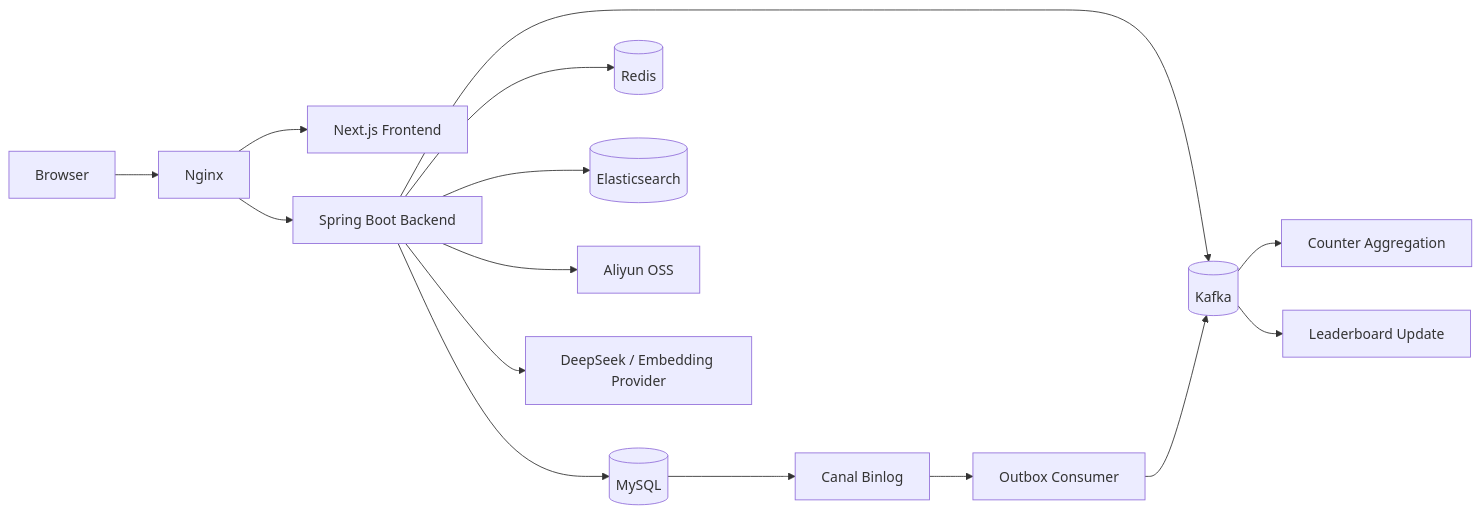
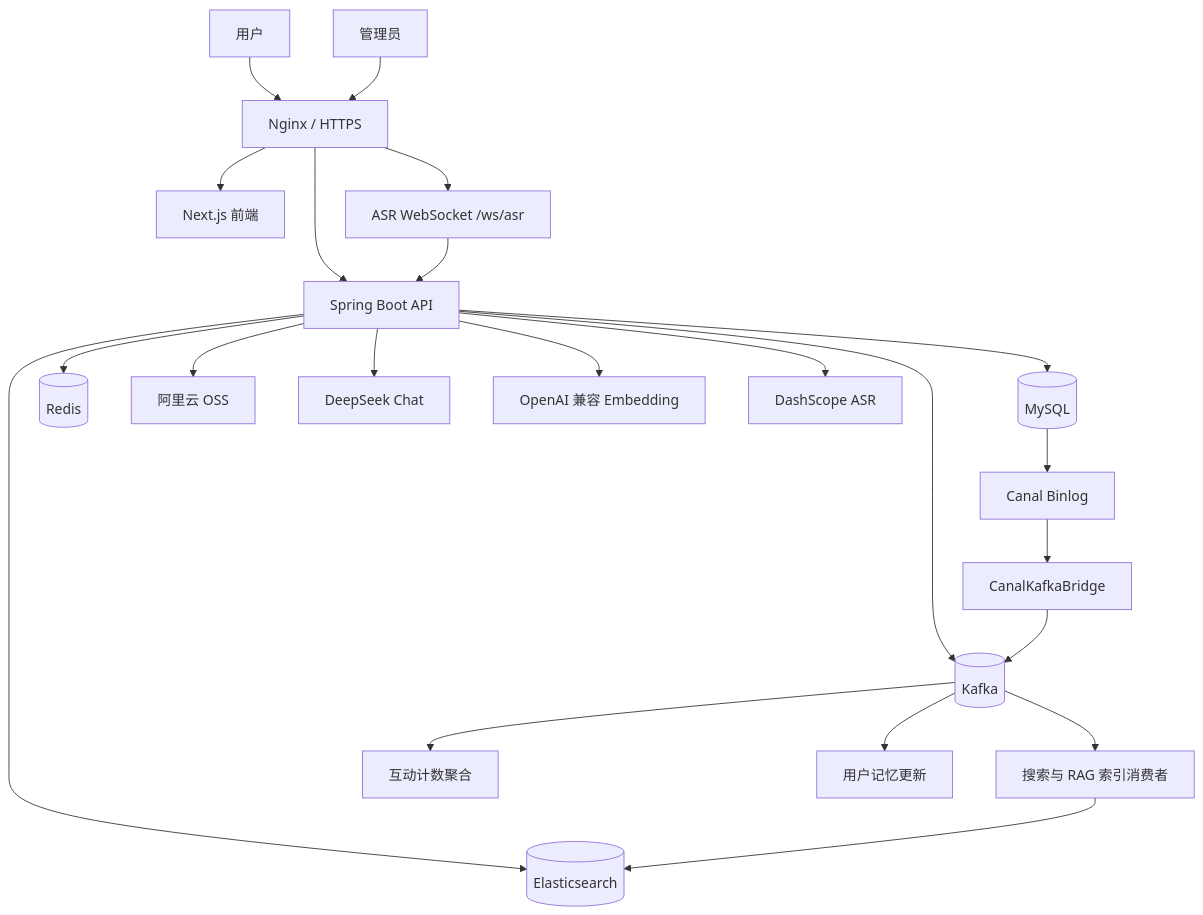
One commit to tdog54646/RuiWen changed the first of 3 diagrams in README.md. Above: the diagram before and after it, drawn with Mermaid. The commit also changed other lines of this file, not shown here.

````diff
--- a/README.md
+++ b/README.md
@@ -64,19 +65,27 @@
 ```mermaid
-flowchart LR
-  Browser[Browser] --> Nginx[Nginx]
-  Nginx --> Frontend[Next.js Frontend]
-  Nginx --> Backend[Spring Boot Backend]
+flowchart TB
+    User["用户"] --> Nginx["Nginx / HTTPS"]
+    Admin["管理员"] --> Nginx
 
-  Backend --> MySQL[(MySQL)]
-  Backend --> Redis[(Redis)]
-  Backend --> Kafka[(Kafka)]
-  Backend --> ES[(Elasticsearch)]
-  Backend --> OSS[Aliyun OSS]
-  Backend --> LLM[DeepSeek / Embedding Provider]
+    Nginx --> Frontend["Next.js 前端"]
+    Nginx --> Backend["Spring Boot API"]
+    Nginx --> ASR["ASR WebSocket /ws/asr"]
+    ASR --> Backend
 
-  MySQL --> Canal[Canal Binlog]
-  Canal --> Outbox[Outbox Consumer]
-  Outbox --> Kafka
-  Kafka --> Counter[Counter Aggregation]
-  Kafka --> Leaderboard[Leaderboard Update]
+    Backend --> MySQL[("MySQL")]
+    Backend --> Redis[("Redis")]
+    Backend --> Kafka[("Kafka")]
+    Backend --> ES[("Elasticsearch")]
+    Backend --> OSS["阿里云 OSS"]
+    Backend --> ChatModel["DeepSeek Chat"]
+    Backend --> Embedding["OpenAI 兼容 Embedding"]
+    Backend --> DashScope["DashScope ASR"]
+
+    MySQL --> Canal["Canal Binlog"]
+    Canal --> Bridge["CanalKafkaBridge"]
+    Bridge --> Kafka
+    Kafka --> SearchConsumer["搜索与 RAG 索引消费者"]
+    SearchConsumer --> ES
+    Kafka --> CounterConsumer["互动计数聚合"]
+    Kafka --> MemoryConsumer["用户记忆更新"]
 ```
````
